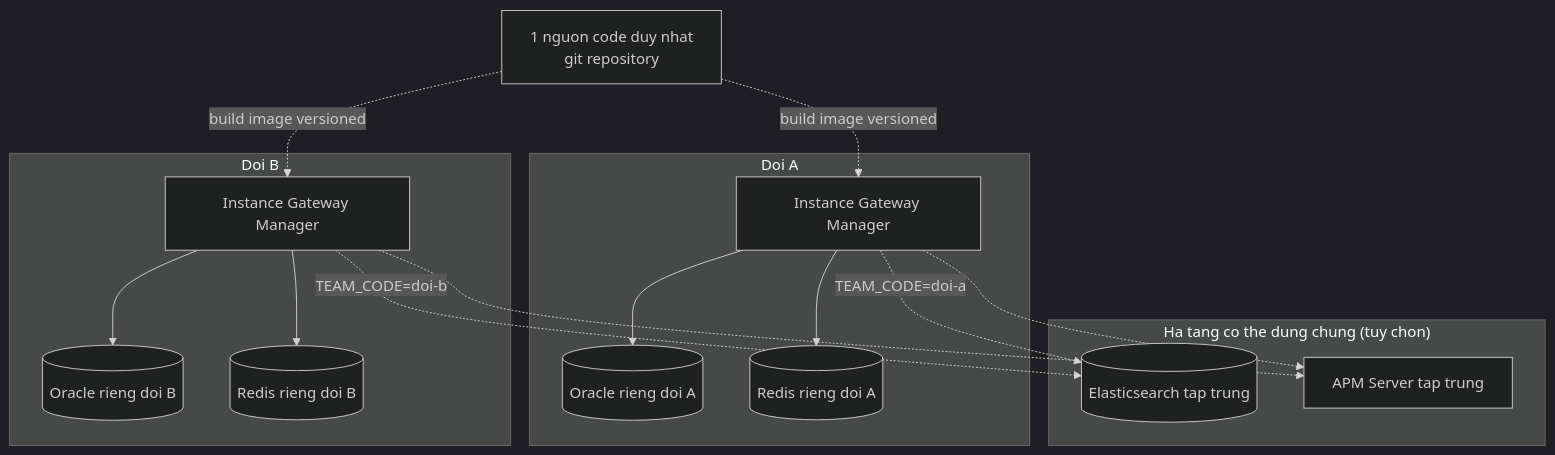
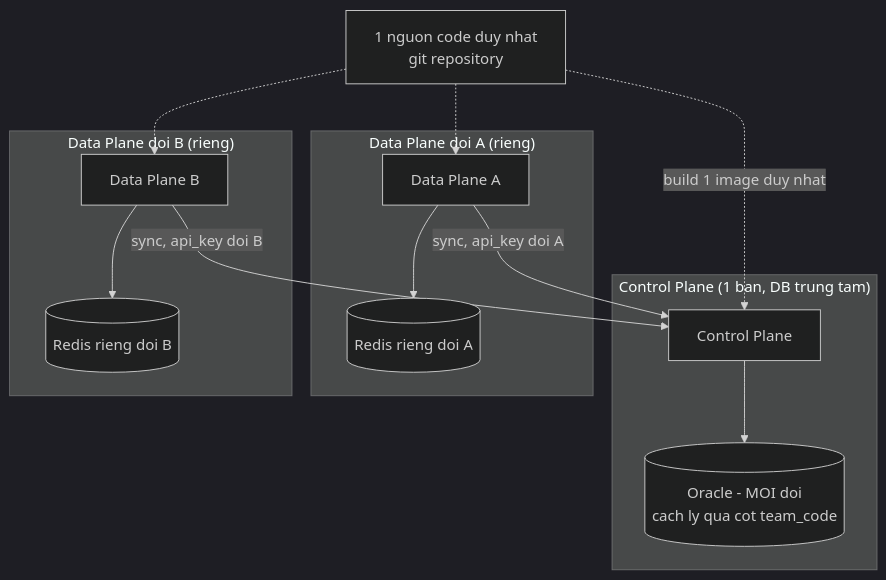
The fourth of 6 diagrams in krakend-gateway-manager/docs/SAD-Gateway-Manager.md (namlt24/product_4.0_02082026), drawn with Mermaid (dark theme) before and after one commit. The commit also changed other lines of this file and 33 other files, not shown here.

````diff
--- a/krakend-gateway-manager/docs/SAD-Gateway-Manager.md
+++ b/krakend-gateway-manager/docs/SAD-Gateway-Manager.md
@@ -265,22 +267,17 @@
 ```mermaid
 flowchart TB
-    subgraph TEAM_A["Doi A"]
-        GWM_A[Instance Gateway Manager] --> ORA_A[(Oracle rieng doi A)]
-        GWM_A --> RED_A[(Redis rieng doi A)]
+    subgraph CENTRAL["Control Plane (1 ban, DB trung tam)"]
+        CP[Control Plane] --> ORA[(Oracle - MOI doi<br/>cach ly qua cot team_code)]
     end
-    subgraph TEAM_B["Doi B"]
-        GWM_B[Instance Gateway Manager] --> ORA_B[(Oracle rieng doi B)]
-        GWM_B --> RED_B[(Redis rieng doi B)]
+    subgraph TEAM_A["Data Plane doi A (rieng)"]
+        DPA[Data Plane A] --> RED_A[(Redis rieng doi A)]
     end
-    subgraph SHARED["Ha tang co the dung chung (tuy chon)"]
-        ES_SHARED[(Elasticsearch tap trung)]
-        APM_SHARED[APM Server tap trung]
+    subgraph TEAM_B["Data Plane doi B (rieng)"]
+        DPB[Data Plane B] --> RED_B[(Redis rieng doi B)]
     end
-    GWM_A -.->|TEAM_CODE=doi-a| ES_SHARED
-    GWM_B -.->|TEAM_CODE=doi-b| ES_SHARED
-    GWM_A -.-> APM_SHARED
-    GWM_B -.-> APM_SHARED
-
-    SRC[1 nguon code duy nhat<br/>git repository] -.->|build image versioned| GWM_A
-    SRC -.->|build image versioned| GWM_B
+    DPA -->|"sync, api_key doi A"| CP
+    DPB -->|"sync, api_key doi B"| CP
+    SRC[1 nguon code duy nhat<br/>git repository] -.->|build 1 image duy nhat| CP
+    SRC -.-> DPA
+    SRC -.-> DPB
 ```
````
